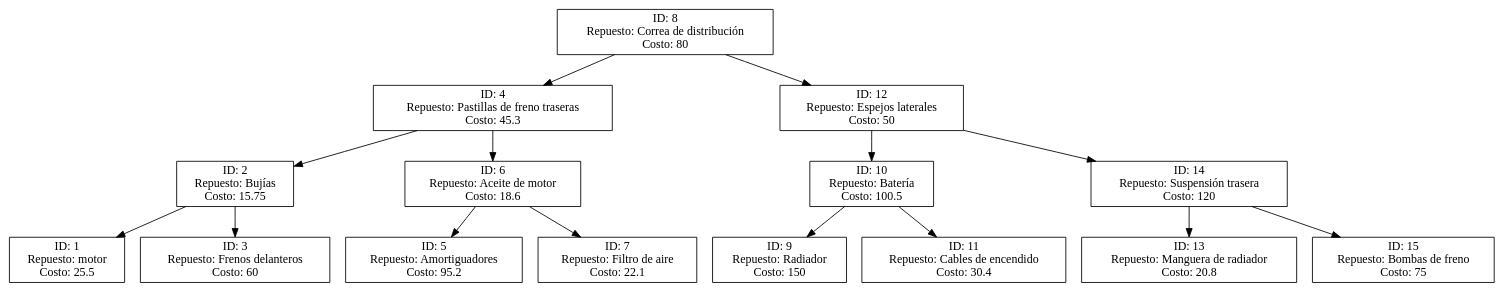
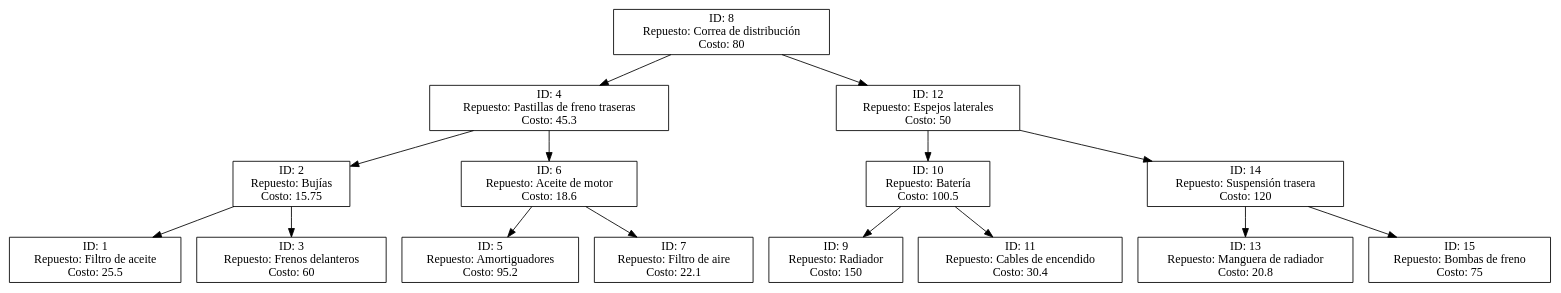
One commit to JJQG/-EDD-1S2025_202001952 changed the diagram in REPORTES/arbol_avl.dot. Above: the diagram before and after it, drawn with Graphviz. The commit also changed 25 other files, not shown here.

```diff
--- a/REPORTES/arbol_avl.dot
+++ b/REPORTES/arbol_avl.dot
@@ -1,32 +1,32 @@
 digraph ArbolAVL {
   rankdir=TB;
   8 [label="ID: 8\nRepuesto: Correa de distribución\nCosto: 80" shape=box];
   8 -> 4;
   4 [label="ID: 4\nRepuesto: Pastillas de freno traseras\nCosto: 45.3" shape=box];
   4 -> 2;
   2 [label="ID: 2\nRepuesto: Bujías\nCosto: 15.75" shape=box];
   2 -> 1;
-  1 [label="ID: 1\nRepuesto: motor\nCosto: 25.5" shape=box];
+  1 [label="ID: 1\nRepuesto: Filtro de aceite\nCosto: 25.5" shape=box];
   2 -> 3;
   3 [label="ID: 3\nRepuesto: Frenos delanteros\nCosto: 60" shape=box];
   4 -> 6;
   6 [label="ID: 6\nRepuesto: Aceite de motor\nCosto: 18.6" shape=box];
   6 -> 5;
   5 [label="ID: 5\nRepuesto: Amortiguadores\nCosto: 95.2" shape=box];
   6 -> 7;
   7 [label="ID: 7\nRepuesto: Filtro de aire\nCosto: 22.1" shape=box];
   8 -> 12;
   12 [label="ID: 12\nRepuesto: Espejos laterales\nCosto: 50" shape=box];
   12 -> 10;
   10 [label="ID: 10\nRepuesto: Batería\nCosto: 100.5" shape=box];
   10 -> 9;
   9 [label="ID: 9\nRepuesto: Radiador\nCosto: 150" shape=box];
   10 -> 11;
   11 [label="ID: 11\nRepuesto: Cables de encendido\nCosto: 30.4" shape=box];
   12 -> 14;
   14 [label="ID: 14\nRepuesto: Suspensión trasera\nCosto: 120" shape=box];
   14 -> 13;
   13 [label="ID: 13\nRepuesto: Manguera de radiador\nCosto: 20.8" shape=box];
   14 -> 15;
   15 [label="ID: 15\nRepuesto: Bombas de freno\nCosto: 75" shape=box];
 }
```
